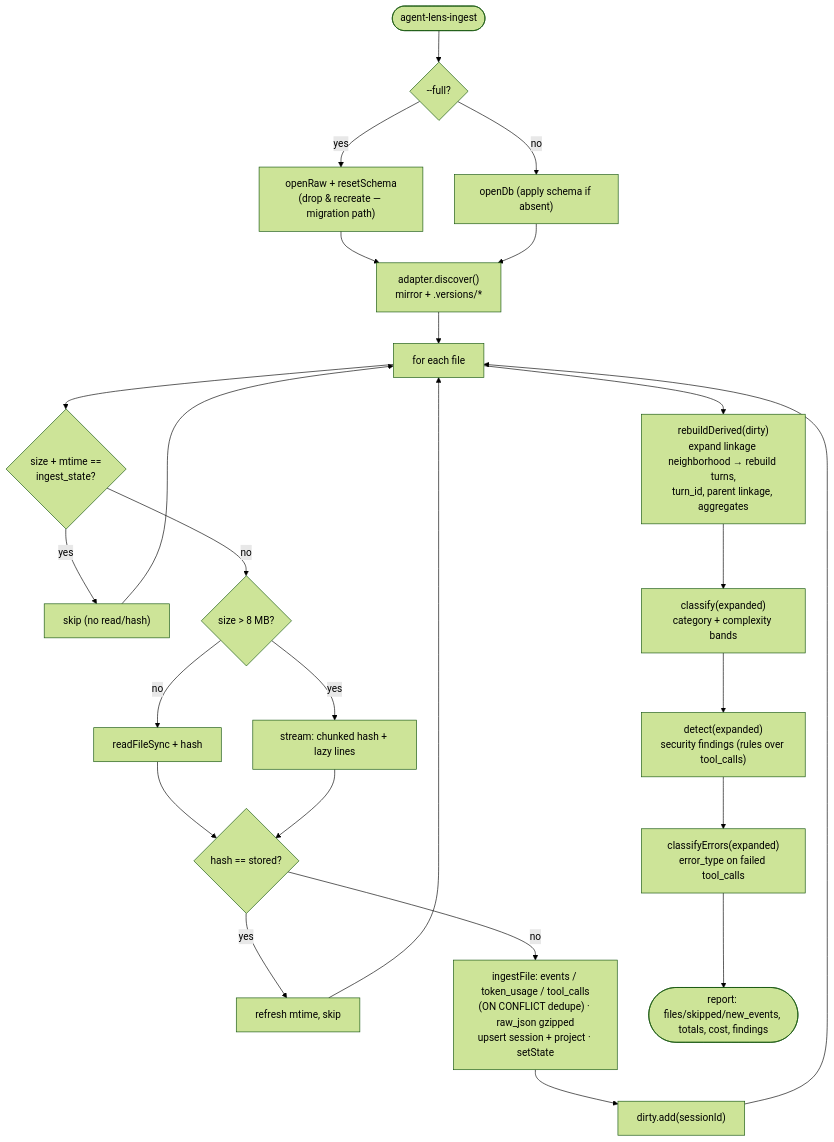
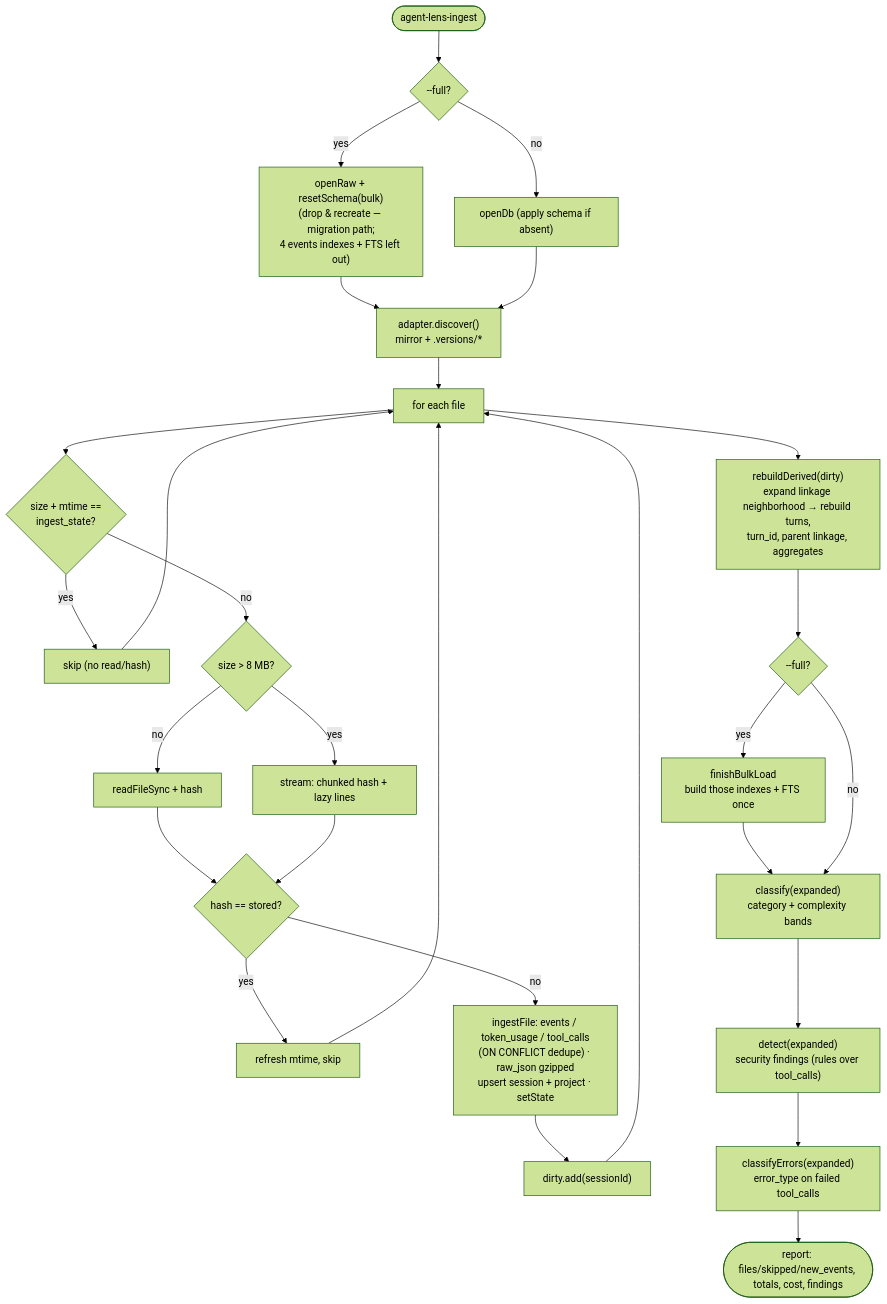
One commit to SWEStash/agent-lens changed the third of 4 diagrams in docs/ARCHITECTURE.md. Above: the diagram before and after it, drawn with Mermaid (forest theme). The commit also changed other lines of this file and 28 other files, not shown here.

````diff
--- a/docs/ARCHITECTURE.md
+++ b/docs/ARCHITECTURE.md
@@ -81,24 +82,26 @@
 ```mermaid
 flowchart TD
   START(["agent-lens-ingest"]) --> FULL{"--full?"}
-  FULL -->|yes| RESET["openRaw + resetSchema<br/>(drop & recreate — migration path)"]
+  FULL -->|yes| RESET["openRaw + resetSchema(bulk)<br/>(drop & recreate — migration path;<br/>4 events indexes + FTS left out)"]
   FULL -->|no| OPEN["openDb (apply schema if absent)"]
   RESET --> DISC
   OPEN --> DISC["adapter.discover()<br/>mirror + .versions/*"]
   DISC --> LOOP["for each file"]
   LOOP --> STAT{"size + mtime ==<br/>ingest_state?"}
   STAT -->|yes| SKIP["skip (no read/hash)"] --> LOOP
   STAT -->|no| READ{"size > 8 MB?"}
   READ -->|no| WHOLE["readFileSync + hash"]
   READ -->|yes| STREAM["stream: chunked hash + lazy lines"]
   WHOLE --> HASHCHK
   STREAM --> HASHCHK{"hash == stored?"}
   HASHCHK -->|yes| REFRESH["refresh mtime, skip"] --> LOOP
   HASHCHK -->|no| INGEST["ingestFile: events / token_usage / tool_calls<br/>(ON CONFLICT dedupe) · raw_json gzipped<br/>upsert session + project · setState"]
   INGEST --> MARK["dirty.add(sessionId)"] --> LOOP
   LOOP --> REBUILD["rebuildDerived(dirty)<br/>expand linkage neighborhood → rebuild turns,<br/>turn_id, parent linkage, aggregates"]
-  REBUILD --> CLASSIFY["classify(expanded)<br/>category + complexity bands"]
+  REBUILD --> BULK{"--full?"}
+  BULK -->|yes| FINISH["finishBulkLoad<br/>build those indexes + FTS once"] --> CLASSIFY
+  BULK -->|no| CLASSIFY["classify(expanded)<br/>category + complexity bands"]
   CLASSIFY --> DETECT["detect(expanded)<br/>security findings (rules over tool_calls)"]
   DETECT --> ERRCLS["classifyErrors(expanded)<br/>error_type on failed tool_calls"]
   ERRCLS --> REPORT(["report: files/skipped/new_events, totals, cost, findings"]) 
 ```
````
